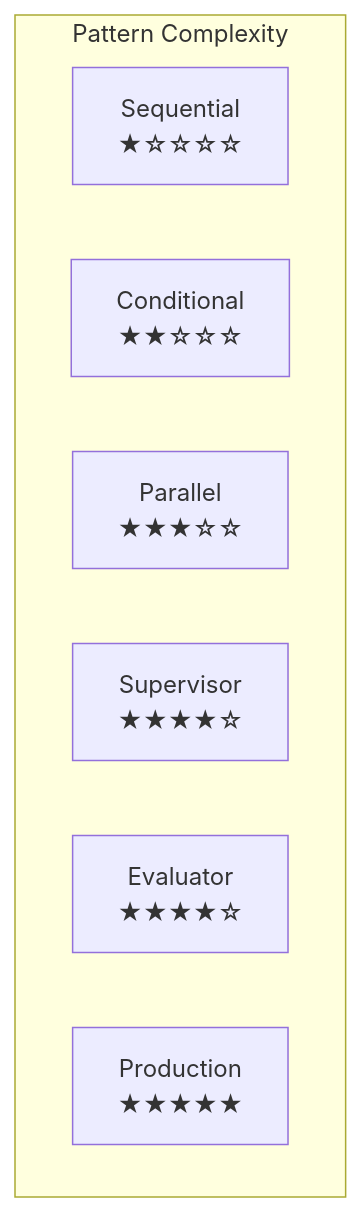
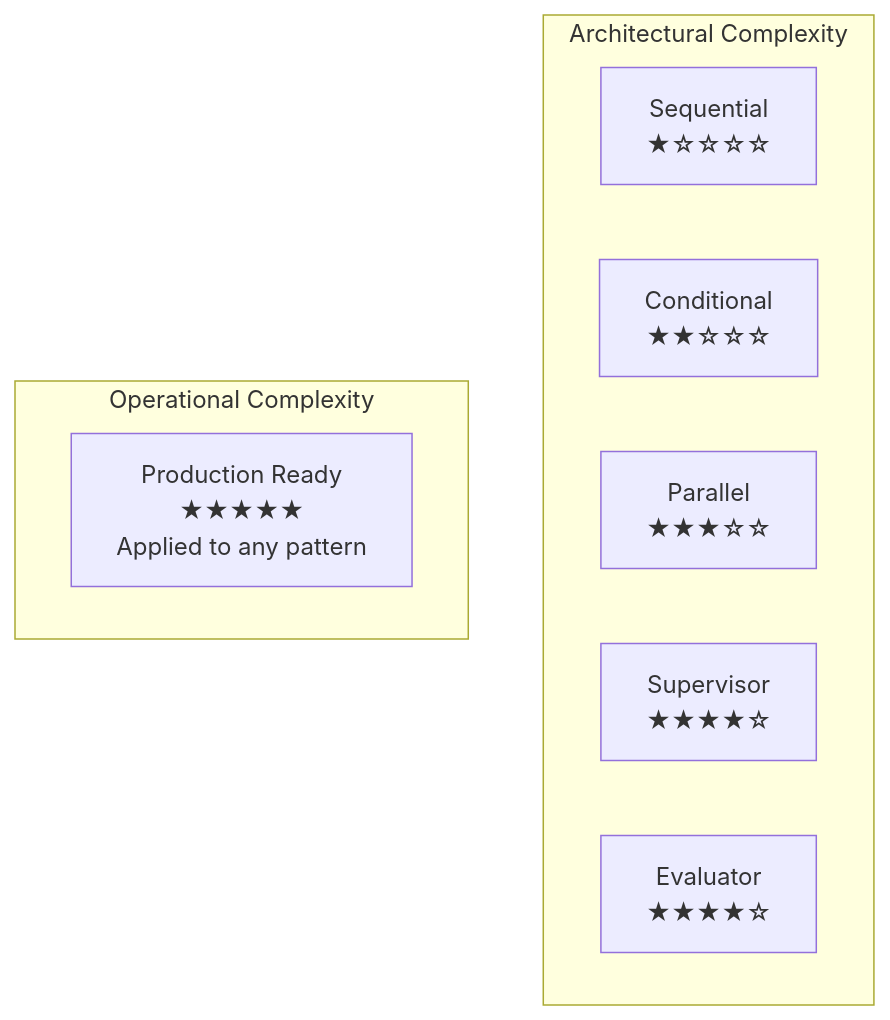
Before and after one commit to rulala/fac-ws_ai_multi-agent: the ninth of 10 diagrams in PATTERNS.md, drawn with Mermaid. The commit also changed other lines of this file, not shown here.

````diff
--- a/PATTERNS.md
+++ b/PATTERNS.md
@@ -289,11 +262,14 @@
 ```mermaid
 graph TD
-    subgraph "Pattern Complexity"
+    subgraph "Architectural Complexity"
         Sequential[Sequential<br/>★☆☆☆☆]
         Conditional[Conditional<br/>★★☆☆☆]
         Parallel[Parallel<br/>★★★☆☆]
         Supervisor[Supervisor<br/>★★★★☆]
         Evaluator[Evaluator<br/>★★★★☆]
-        Production[Production<br/>★★★★★]
+    end
+
+    subgraph "Operational Complexity"
+        Production[Production Ready<br/>★★★★★<br/>Applied to any pattern]
     end
 ```
````
